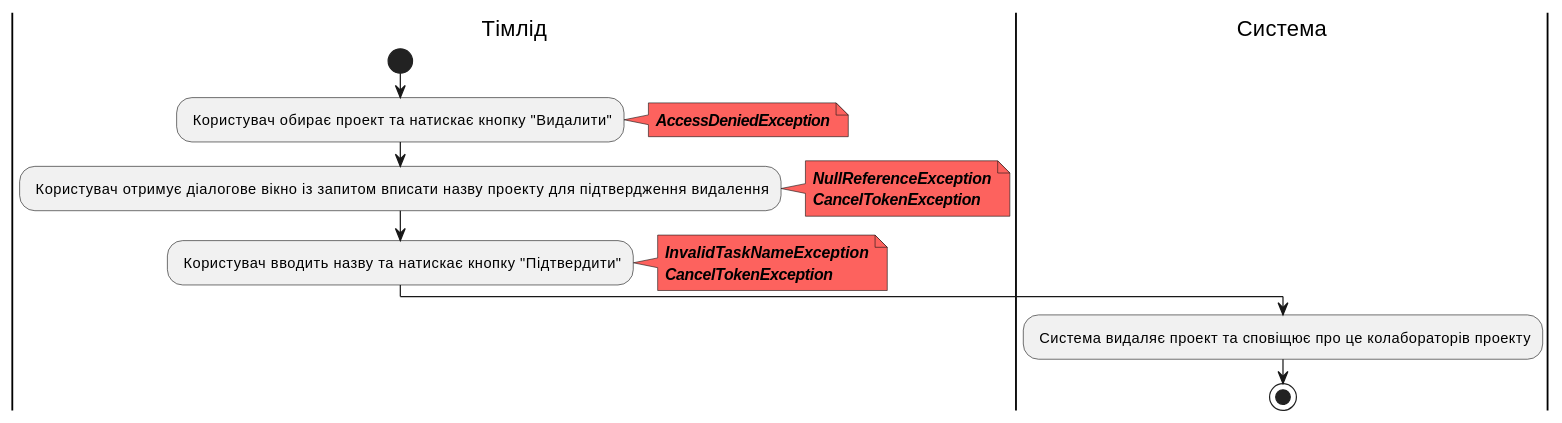
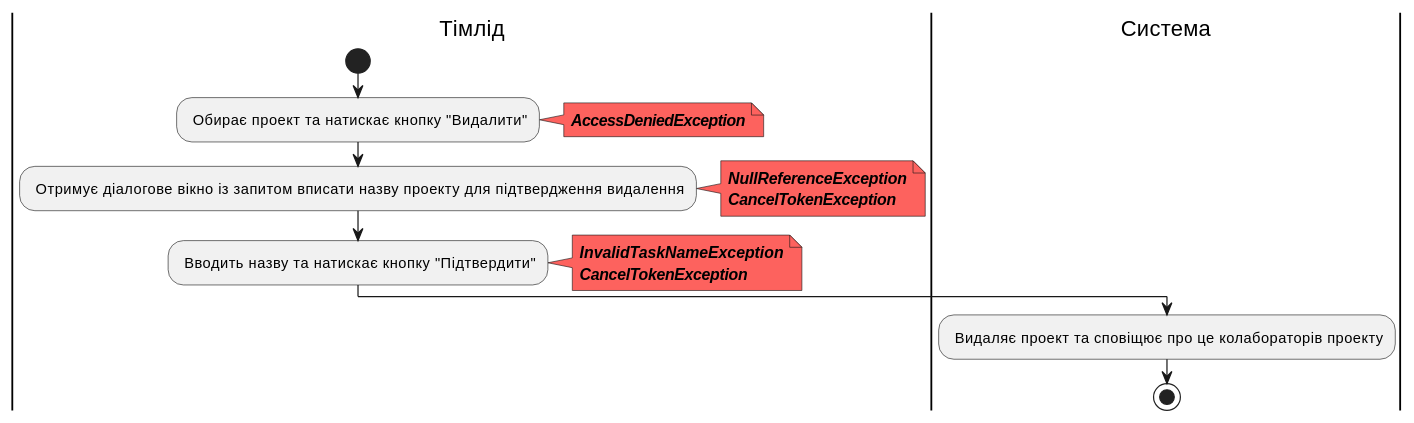
Before and after one commit to edu-db/edu_db_labs: diagram 13 of 19 in docs/use cases/README.md, drawn with PlantUML. The commit also changed other lines of this file, not shown here.

```diff
--- a/docs/use cases/README.md
+++ b/docs/use cases/README.md
@@ -321,24 +321,24 @@
 @startuml
 
 |Тімлід|
 start;
-: Користувач обирає проект та натискає кнопку "Видалити";
+: Обирає проект та натискає кнопку "Видалити";
 note right #fd625e
 <b><i>AccessDeniedException
 end note
-: Користувач отримує діалогове вікно із запитом вписати назву проекту для підтвердження видалення;
+: Отримує діалогове вікно із запитом вписати назву проекту для підтвердження видалення;
 note right #fd625e
 <b><i>NullReferenceException
 <b><i>CancelTokenException
 end note
-: Користувач вводить назву та натискає кнопку "Підтвердити";
+: Вводить назву та натискає кнопку "Підтвердити";
 note right #fd625e
 <b><i>InvalidTaskNameException
 <b><i>CancelTokenException
 end note
 
 |Система|
- : Система видаляє проект та сповіщює про це колабораторів проекту; 
+ : Видаляє проект та сповіщює про це колабораторів проекту; 
 
  stop;
 @enduml
```
